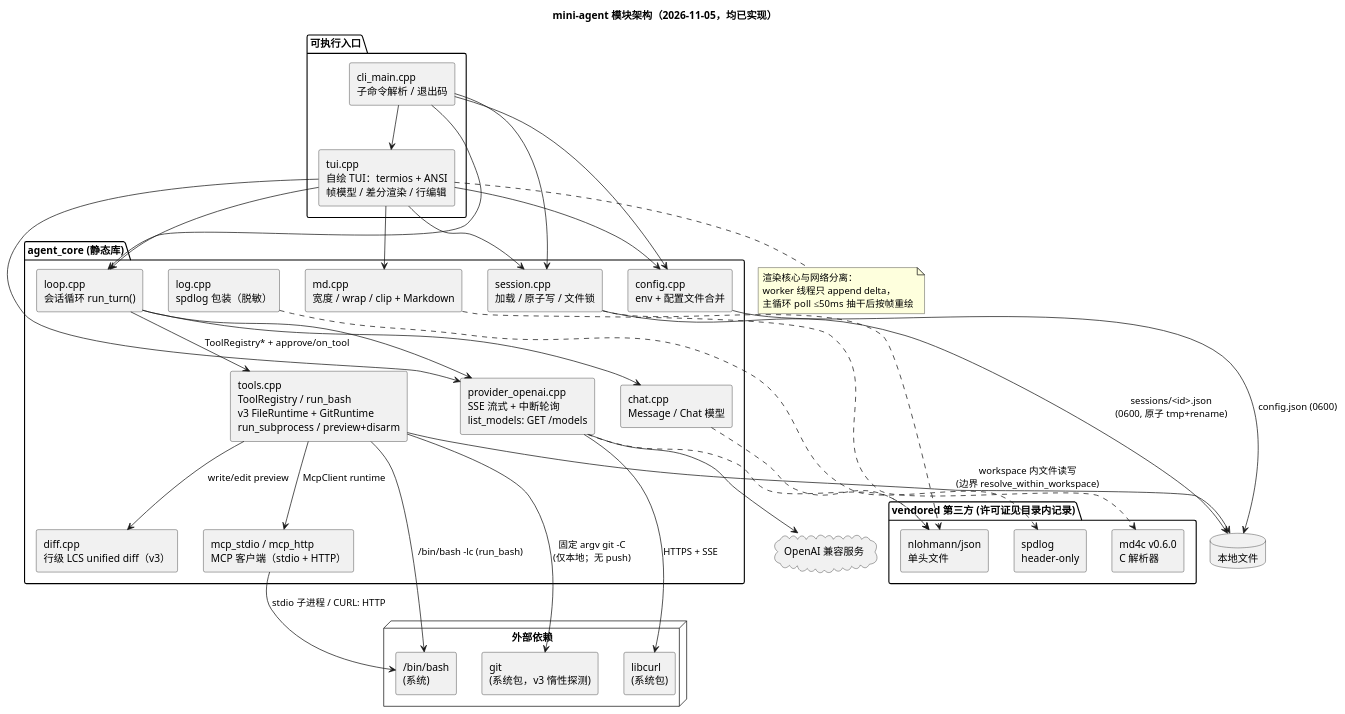
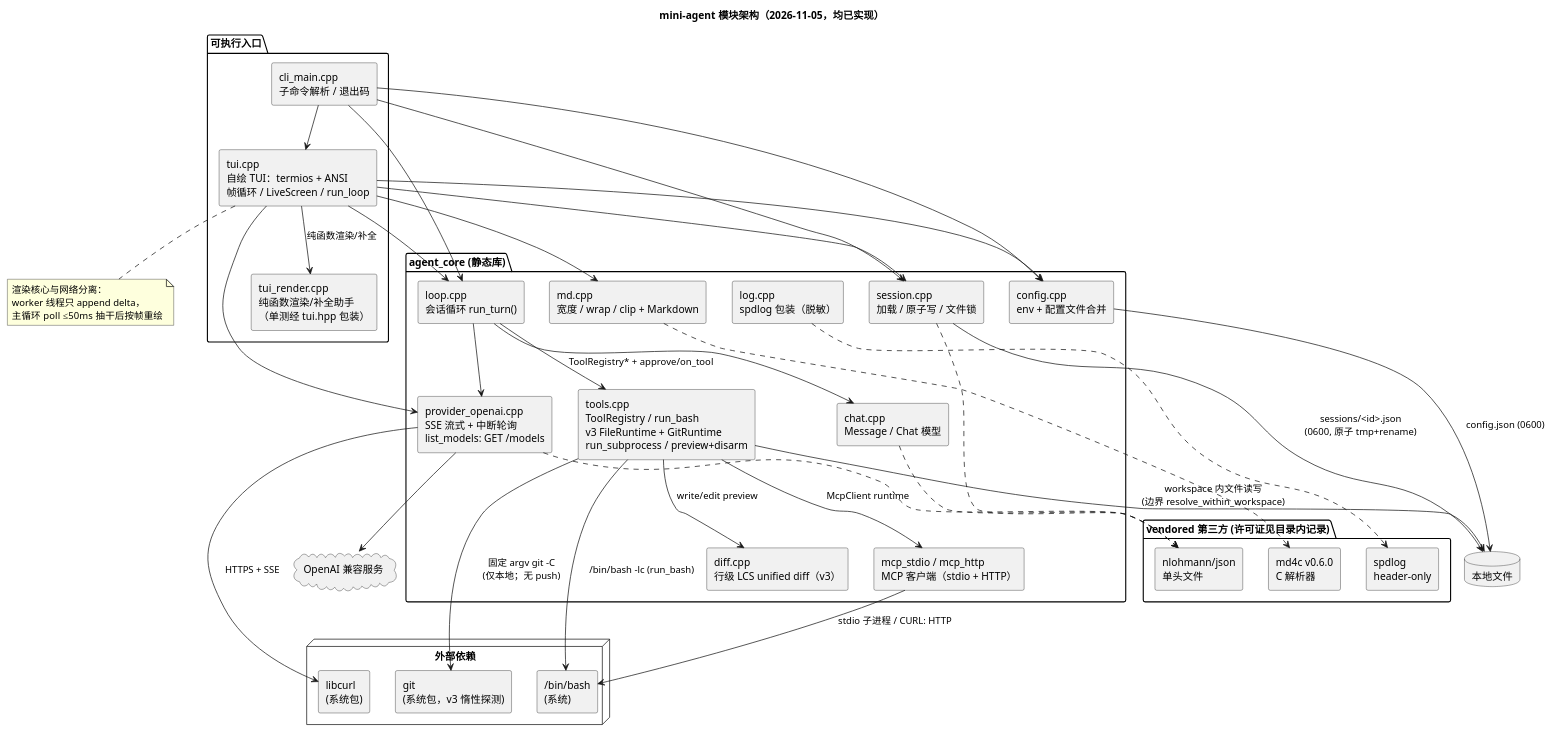
Before and after one commit to Lethe-cc/mini-agent: the first of 2 diagrams in docs/architecture.md, drawn with PlantUML. The commit also changed other lines of this file and 4 other files, not shown here.

First line of the commit message:
refactor(tui): split pure render/completion helpers into tui_render.cpp

````diff
--- a/docs/architecture.md
+++ b/docs/architecture.md
@@ -18,69 +18,71 @@
 ```plantuml
 @startuml mini-agent-architecture
 skinparam componentStyle rectangle
 title mini-agent 模块架构（2026-11-05，均已实现）
 
 package "可执行入口" {
   [cli_main.cpp\n子命令解析 / 退出码] as CLI
-  [tui.cpp\n自绘 TUI：termios + ANSI\n帧模型 / 差分渲染 / 行编辑] as TUI
+  [tui.cpp\n自绘 TUI：termios + ANSI\n帧循环 / LiveScreen / run_loop] as TUI
+  [tui_render.cpp\n纯函数渲染/补全助手\n（单测经 tui.hpp 包装）] as TUIR
 }
 
 package "agent_core (静态库)" {
   [loop.cpp\n会话循环 run_turn()] as LOOP
   [chat.cpp\nMessage / Chat 模型] as CHAT
   [session.cpp\n加载 / 原子写 / 文件锁] as SESSION
   [provider_openai.cpp\nSSE 流式 + 中断轮询\nlist_models: GET /models] as PROVIDER
   [config.cpp\nenv + 配置文件合并] as CONFIG
   [md.cpp\n宽度 / wrap / clip + Markdown] as MD
   [log.cpp\nspdlog 包装（脱敏）] as LOG
   [tools.cpp\nToolRegistry / run_bash\nv3 FileRuntime + GitRuntime\nrun_subprocess / preview+disarm] as TOOLS
   [diff.cpp\n行级 LCS unified diff（v3）] as DIFF
   [mcp_stdio / mcp_http\nMCP 客户端（stdio + HTTP）] as MCP
 }
 
 package "vendored 第三方 (许可证见目录内记录)" {
   [nlohmann/json\n单头文件] as JSON
   [md4c v0.6.0\nC 解析器] as MD4C
   [spdlog\nheader-only] as SPDLOG
 }
 
 node "外部依赖" {
   [libcurl\n(系统包)] as CURL
   [git\n(系统包，v3 惰性探测)] as GITCMD
   [/bin/bash\n(系统)] as SHELL
 }
 
 cloud "OpenAI 兼容服务" as LLM
 database "本地文件" as FS
 
 CLI --> LOOP
 CLI --> SESSION
 CLI --> CONFIG
 CLI --> TUI
 TUI --> LOOP
+TUI --> TUIR : 纯函数渲染/补全
 TUI --> PROVIDER
 TUI --> SESSION
 TUI --> MD
 TUI --> CONFIG
 LOOP --> CHAT
 LOOP --> PROVIDER
 LOOP --> TOOLS : ToolRegistry* + approve/on_tool
 TOOLS --> DIFF : write/edit preview
 TOOLS --> MCP : McpClient runtime
 TOOLS --> FS : workspace 内文件读写\n(边界 resolve_within_workspace)
 TOOLS --> GITCMD : 固定 argv git -C\n(仅本地；无 push)
 TOOLS --> SHELL : /bin/bash -lc (run_bash)
 MCP --> SHELL : stdio 子进程 / CURL: HTTP
 PROVIDER --> CURL : HTTPS + SSE
 PROVIDER ..> JSON
 CHAT ..> JSON
 SESSION ..> JSON
 SESSION --> FS : sessions/<id>.json\n(0600, 原子 tmp+rename)
 CONFIG --> FS : config.json (0600)
 MD ..> MD4C
 LOG ..> SPDLOG
 PROVIDER --> LLM
 
 note bottom of TUI : 渲染核心与网络分离：\nworker 线程只 append delta，\n主循环 poll ≤50ms 抽干后按帧重绘
 @enduml
 ```
````
